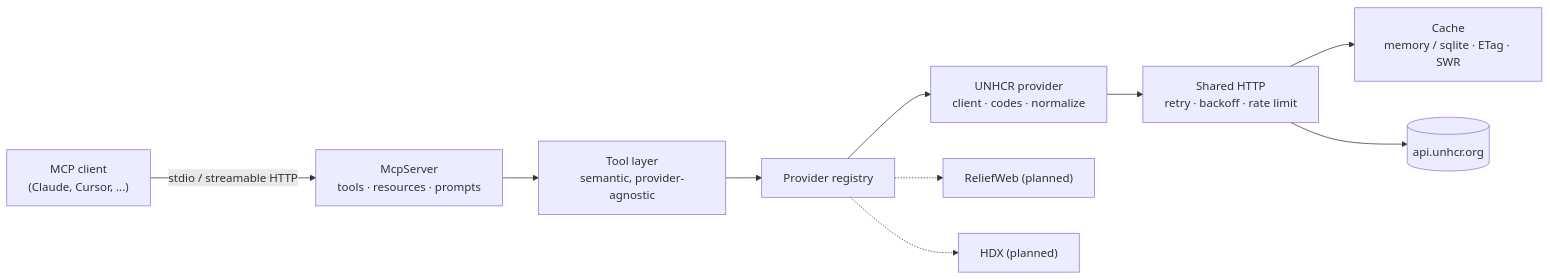
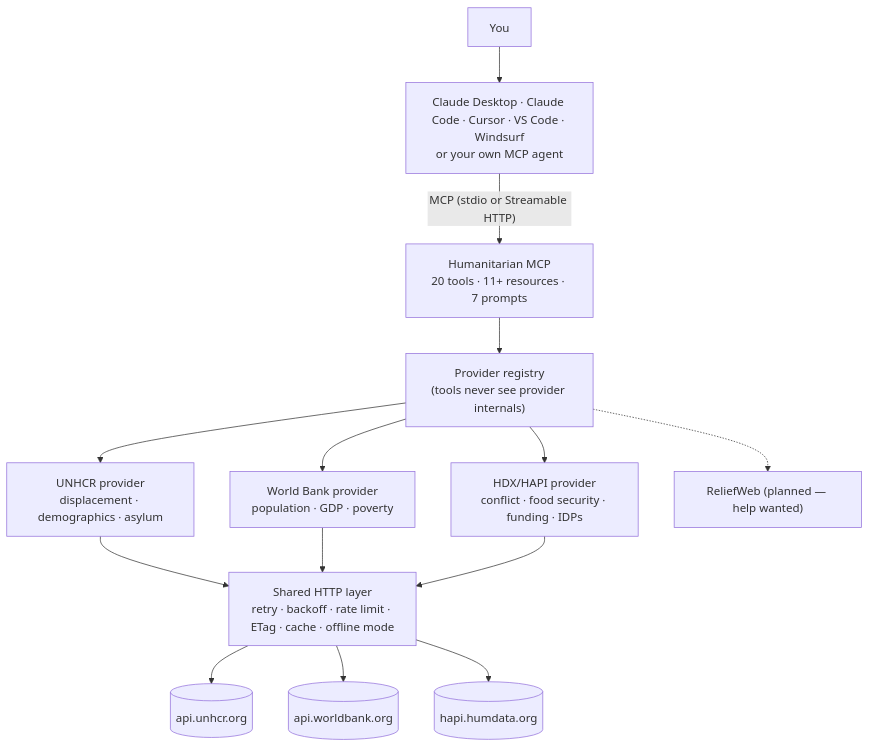
Before and after one commit to ahmedvnabil/humanitarian-mcp: the diagram in README.md, drawn with Mermaid. The commit also changed other lines of this file, not shown here.

````diff
--- a/README.md
+++ b/README.md
@@ -156,12 +50,14 @@
 ```mermaid
-flowchart LR
-    Client["MCP client\n(Claude, Cursor, ...)"] -->|stdio / streamable HTTP| Server["McpServer\ntools · resources · prompts"]
-    Server --> Tools["Tool layer\nsemantic, provider-agnostic"]
-    Tools --> Registry["Provider registry"]
-    Registry --> UNHCR["UNHCR provider\nclient · codes · normalize"]
-    Registry -.-> ReliefWeb["ReliefWeb (planned)"]
-    Registry -.-> HDX["HDX (planned)"]
-    UNHCR --> Http["Shared HTTP\nretry · backoff · rate limit"]
-    Http --> Cache["Cache\nmemory / sqlite · ETag · SWR"]
-    Http --> API[("api.unhcr.org")]
+flowchart TD
+    U["You"] --> C["Claude Desktop · Claude Code · Cursor · VS Code · Windsurf<br/>or your own MCP agent"]
+    C -->|"MCP (stdio or Streamable HTTP)"| S["Humanitarian MCP<br/>20 tools · 11+ resources · 7 prompts"]
+    S --> R["Provider registry<br/>(tools never see provider internals)"]
+    R --> P1["UNHCR provider<br/>displacement · demographics · asylum"]
+    R --> P2["World Bank provider<br/>population · GDP · poverty"]
+    R --> P3["HDX/HAPI provider<br/>conflict · food security · funding · IDPs"]
+    R -.-> P4["ReliefWeb (planned — help wanted)"]
+    P1 & P2 & P3 --> H["Shared HTTP layer<br/>retry · backoff · rate limit · ETag · cache · offline mode"]
+    H --> A1[("api.unhcr.org")]
+    H --> A2[("api.worldbank.org")]
+    H --> A3[("hapi.humdata.org")]
 ```
````
